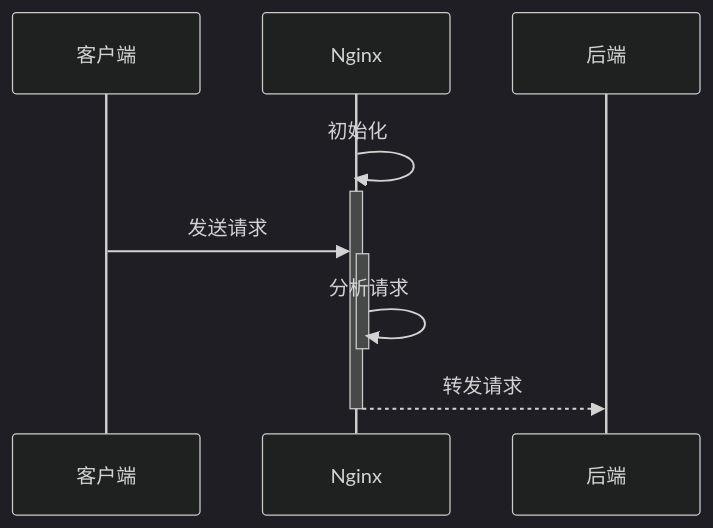
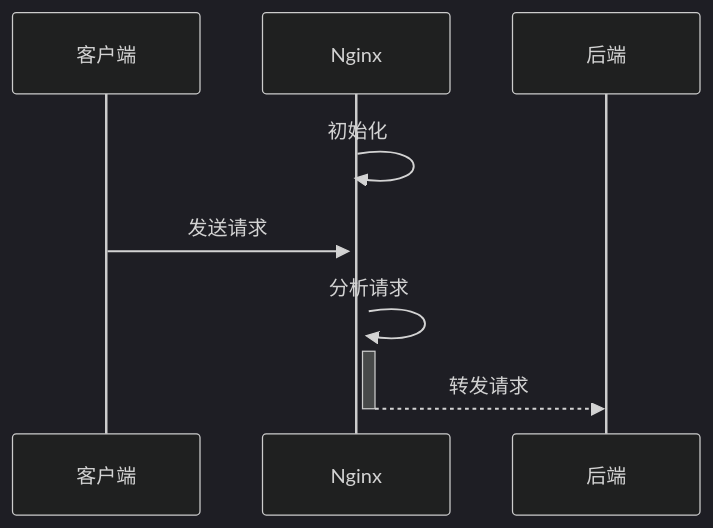
Before and after one commit to HY-10-8/iodraw-files: the diagram in all/未命名-7.md, drawn with Mermaid (dark theme).

Commit message:
2026-11-18 11:15:26 update

````diff
--- a/all/未命名-7.md
+++ b/all/未命名-7.md
@@ -1,11 +1,11 @@
 ```mermaid
 sequenceDiagram
     participant 客户端
     participant Nginx
     participant 后端
     Nginx->>+Nginx: 初始化
     客户端->>+Nginx: 发送请求
-    Nginx->>-Nginx: 分析请求
+    Nginx->>+Nginx: 分析请求
     Nginx-->>-后端: 转发请求
-            
+    
 ```
````
